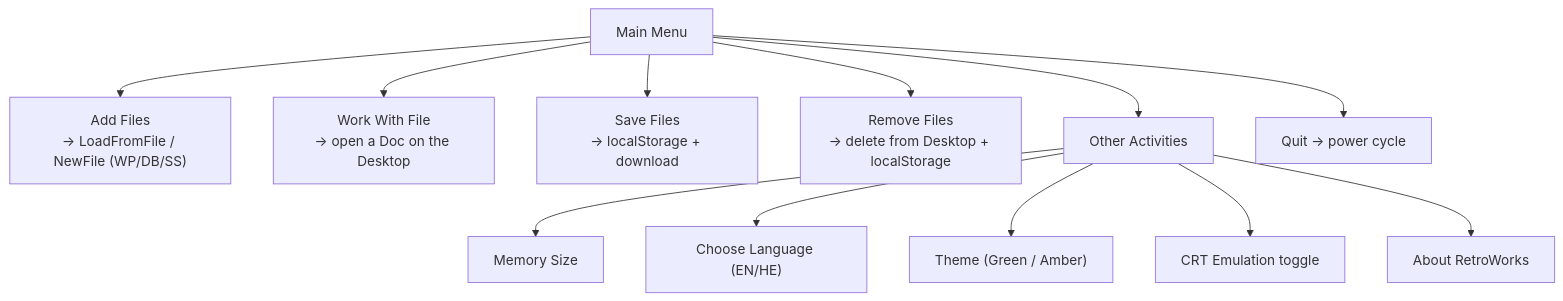
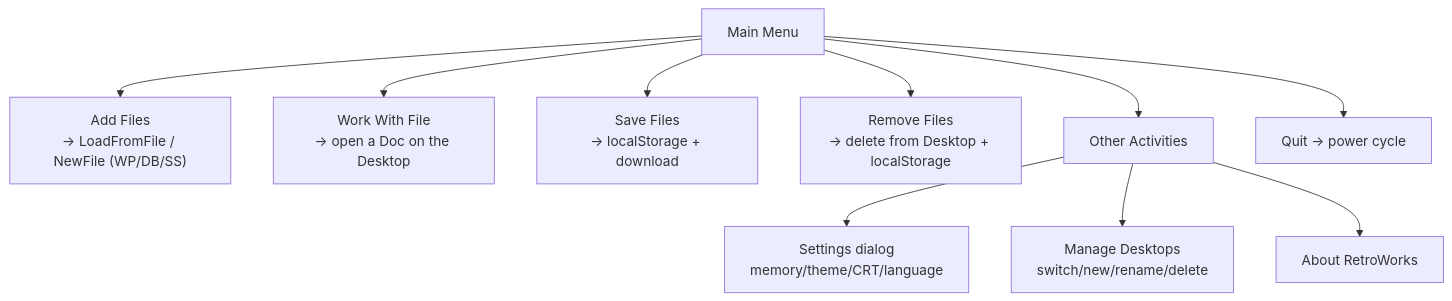
The fifth of 5 diagrams in Architecture.md (AuriR/RetroworksBlazor), drawn with Mermaid before and after one commit. The commit also changed other lines of this file and 12 other files, not shown here.

````diff
--- a/Architecture.md
+++ b/Architecture.md
@@ -294,14 +294,12 @@
 ```mermaid
 flowchart TD
     MM["Main Menu"] --> A1["Add Files<br/>→ LoadFromFile / NewFile (WP/DB/SS)"]
     MM --> A2["Work With File<br/>→ open a Doc on the Desktop"]
     MM --> A3["Save Files<br/>→ localStorage + download"]
     MM --> A4["Remove Files<br/>→ delete from Desktop + localStorage"]
     MM --> A5["Other Activities"]
-    A5 --> Mem["Memory Size"]
-    A5 --> Lang["Choose Language (EN/HE)"]
-    A5 --> Theme["Theme (Green / Amber)"]
-    A5 --> CRT["CRT Emulation toggle"]
+    A5 --> Settings["Settings dialog<br/>memory/theme/CRT/language"]
+    A5 --> Desktops["Manage Desktops<br/>switch/new/rename/delete"]
     A5 --> About["About RetroWorks"]
     MM --> Q6["Quit → power cycle"]
 ```
````
